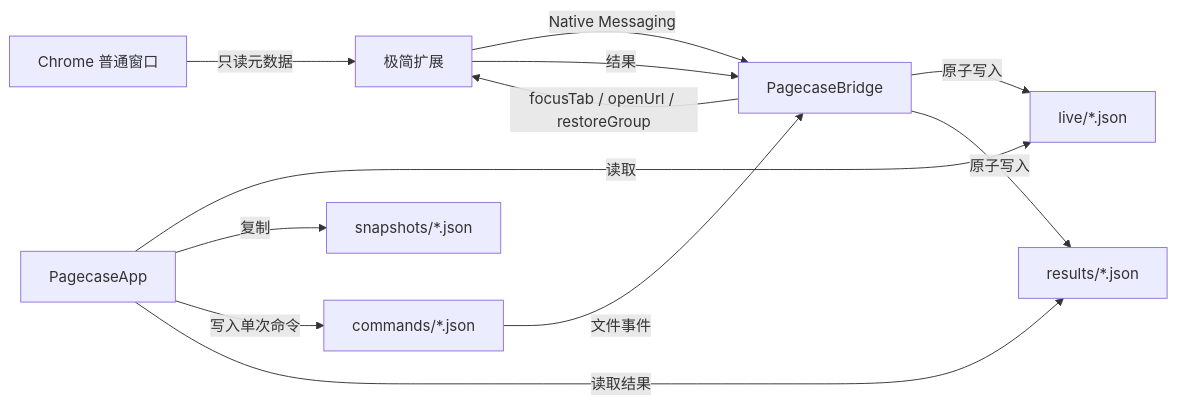
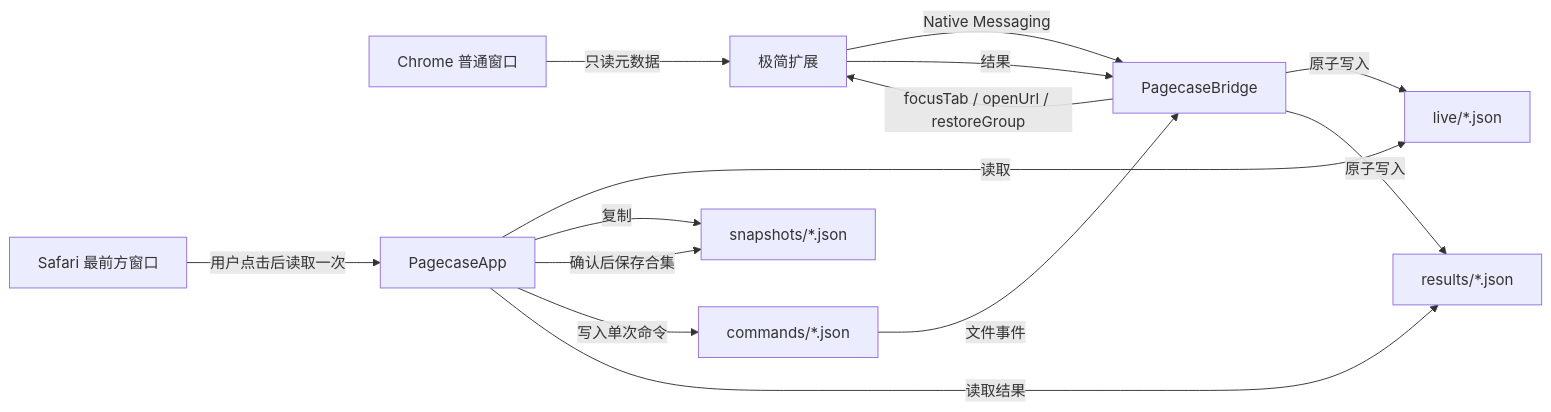
One commit to zaynzhu/Pagecase changed the diagram in docs/ARCHITECTURE.md. Above: the diagram before and after it, drawn with Mermaid. The commit also changed other lines of this file and 38 other files, not shown here.

````diff
--- a/docs/ARCHITECTURE.md
+++ b/docs/ARCHITECTURE.md
@@ -15,14 +15,16 @@
 ```mermaid
 flowchart LR
     C["Chrome 普通窗口"] -->|"只读元数据"| E["极简扩展"]
     E -->|"Native Messaging"| B["PagecaseBridge"]
     B -->|"原子写入"| L["live/*.json"]
     A["PagecaseApp"] -->|"读取"| L
     A -->|"复制"| S["snapshots/*.json"]
+    SF["Safari 最前方窗口"] -->|"用户点击后读取一次"| A
+    A -->|"确认后保存合集"| S
     A -->|"写入单次命令"| Q["commands/*.json"]
     Q -->|"文件事件"| B
     B -->|"focusTab / openUrl / restoreGroup"| E
     E -->|"结果"| B
     B -->|"原子写入"| R["results/*.json"]
     A -->|"读取结果"| R
 ```
````
